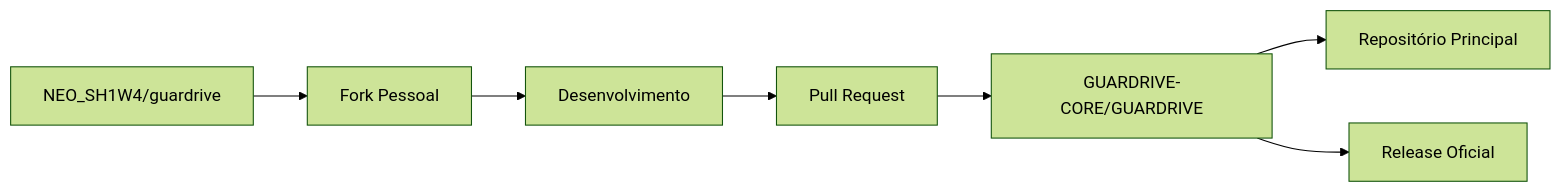
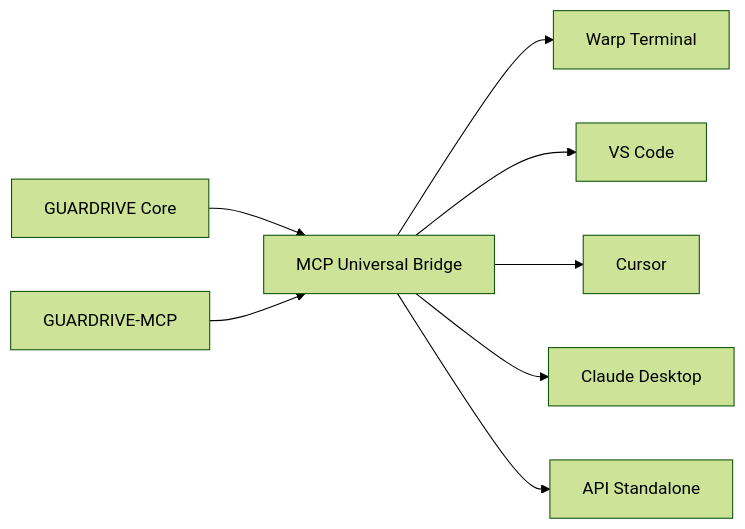
The diagram in MCP-DEVELOPMENT-GUIDE.md (GUARDRIVE-CORE/GUARDRIVE), drawn with Mermaid (forest theme) before and after one commit. The commit also changed other lines of this file and 2 other files, not shown here.

First line of the commit message:
refactor(docs): adjust MCP documentation to be GUARDRIVE-centric instead of Warp-centric

````diff
--- a/MCP-DEVELOPMENT-GUIDE.md
+++ b/MCP-DEVELOPMENT-GUIDE.md
@@ -52,9 +52,10 @@
 ```mermaid
 graph LR
-    A[GUARDRIVE-CORE/GUARDRIVE] --> B[Repositório Principal]
-    C[NEO_SH1W4/guardrive] --> D[Fork Pessoal]
-    D --> E[Desenvolvimento]
-    E --> F[Pull Request]
-    F --> A
-    A --> G[Release Oficial]
+    A[GUARDRIVE Core] --> B[MCP Universal Bridge]
+    B --> C[Warp Terminal]
+    B --> D[VS Code]
+    B --> E[Cursor]
+    B --> F[Claude Desktop]
+    B --> G[API Standalone]
+    H[GUARDRIVE-MCP] --> B
 ```
````
